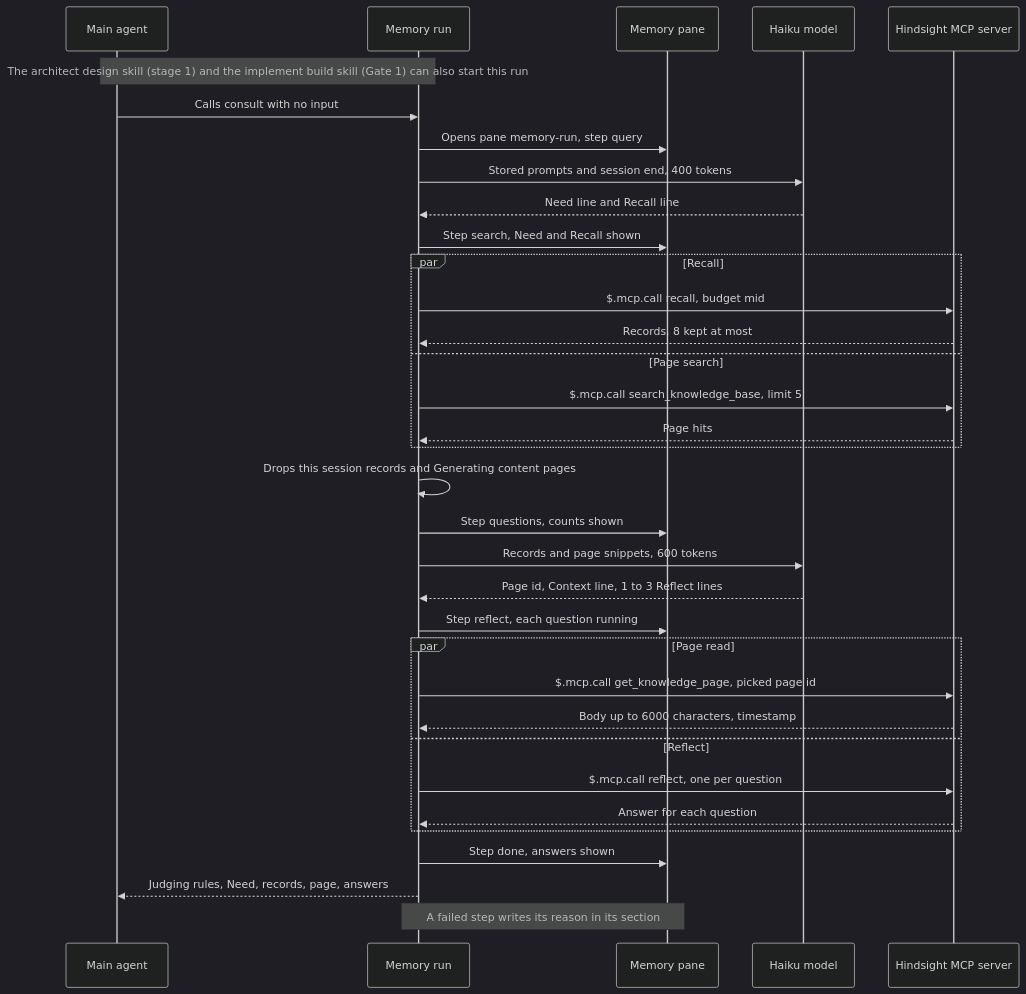
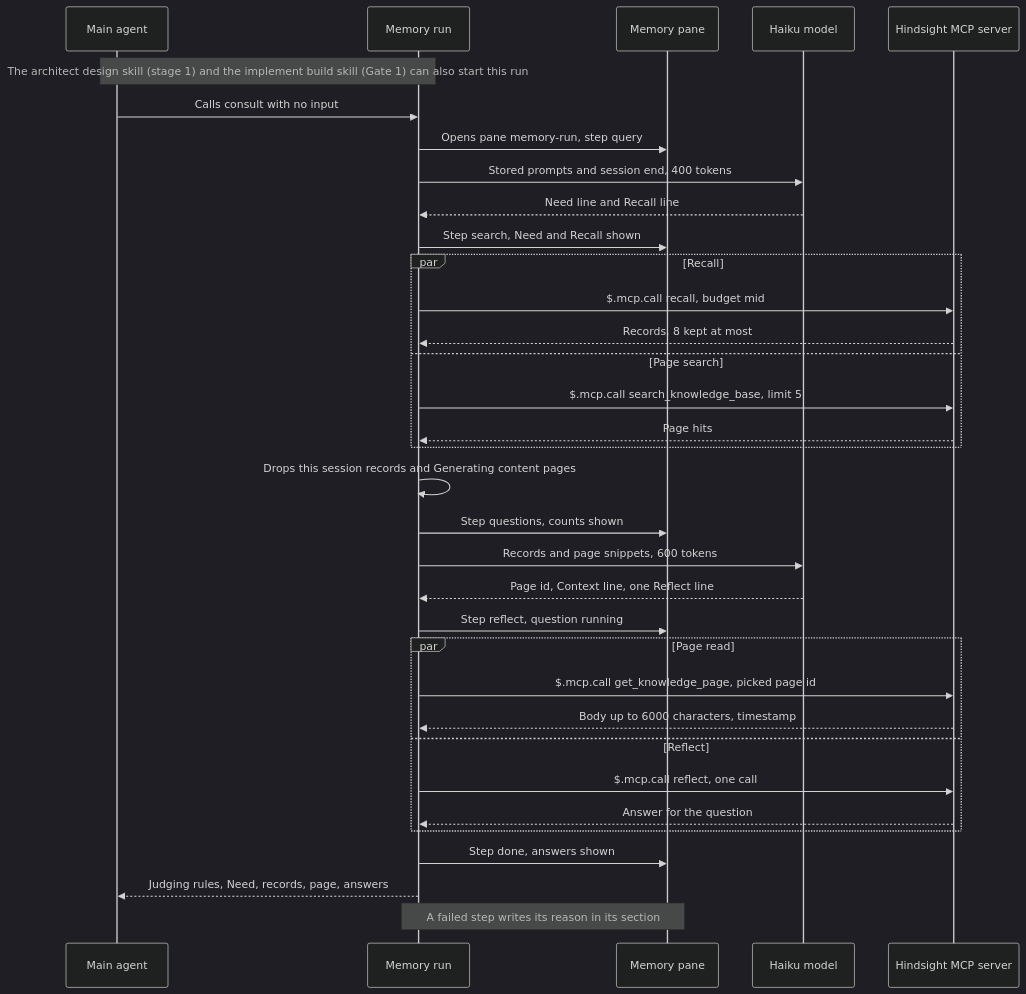
One commit to bjornslib/cobuilder-plugin changed the diagram in docs/architecture/designs/cobuilder-memory/diagrams/level-2.mmd. Above: the diagram before and after it, drawn with Mermaid (dark theme). The commit also changed 25 other files, not shown here.

First line of the commit message:
cobuilder-memory: one reflect per run, plain-text replies, pane title

```diff
--- a/docs/architecture/designs/cobuilder-memory/diagrams/level-2.mmd
+++ b/docs/architecture/designs/cobuilder-memory/diagrams/level-2.mmd
@@ -1,42 +1,42 @@
 %% Sequence: one memory run, started by the consult tool call.
 %% Each step writes the run state atom, and the pane redraws it.
 %% Epic E1 only. The Haiku calls and the Hindsight calls follow contracts.md.
 sequenceDiagram
     participant Agent as Main agent
     participant Run as Memory run
     participant Pane as Memory pane
     participant Haiku as Haiku model
     participant HS as Hindsight MCP server
 
     Note over Agent,Run: The architect design skill (stage 1) and the implement build skill (Gate 1) can also start this run
     Agent->>Run: Calls consult with no input
     Run->>Pane: Opens pane memory-run, step query
     Run->>Haiku: Stored prompts and session end, 400 tokens
     Haiku-->>Run: Need line and Recall line
     Run->>Pane: Step search, Need and Recall shown
 
     par Recall
         Run->>HS: $.mcp.call recall, budget mid
         HS-->>Run: Records, 8 kept at most
     and Page search
         Run->>HS: $.mcp.call search_knowledge_base, limit 5
         HS-->>Run: Page hits
     end
 
     Run->>Run: Drops this session records and Generating content pages
     Run->>Pane: Step questions, counts shown
     Run->>Haiku: Records and page snippets, 600 tokens
-    Haiku-->>Run: Page id, Context line, 1 to 3 Reflect lines
-    Run->>Pane: Step reflect, each question running
+    Haiku-->>Run: Page id, Context line, one Reflect line
+    Run->>Pane: Step reflect, question running
 
     par Page read
         Run->>HS: $.mcp.call get_knowledge_page, picked page id
         HS-->>Run: Body up to 6000 characters, timestamp
     and Reflect
-        Run->>HS: $.mcp.call reflect, one per question
-        HS-->>Run: Answer for each question
+        Run->>HS: $.mcp.call reflect, one call
+        HS-->>Run: Answer for the question
     end
 
     Run->>Pane: Step done, answers shown
     Run-->>Agent: Judging rules, Need, records, page, answers
     Note over Run,Pane: A failed step writes its reason in its section
```
